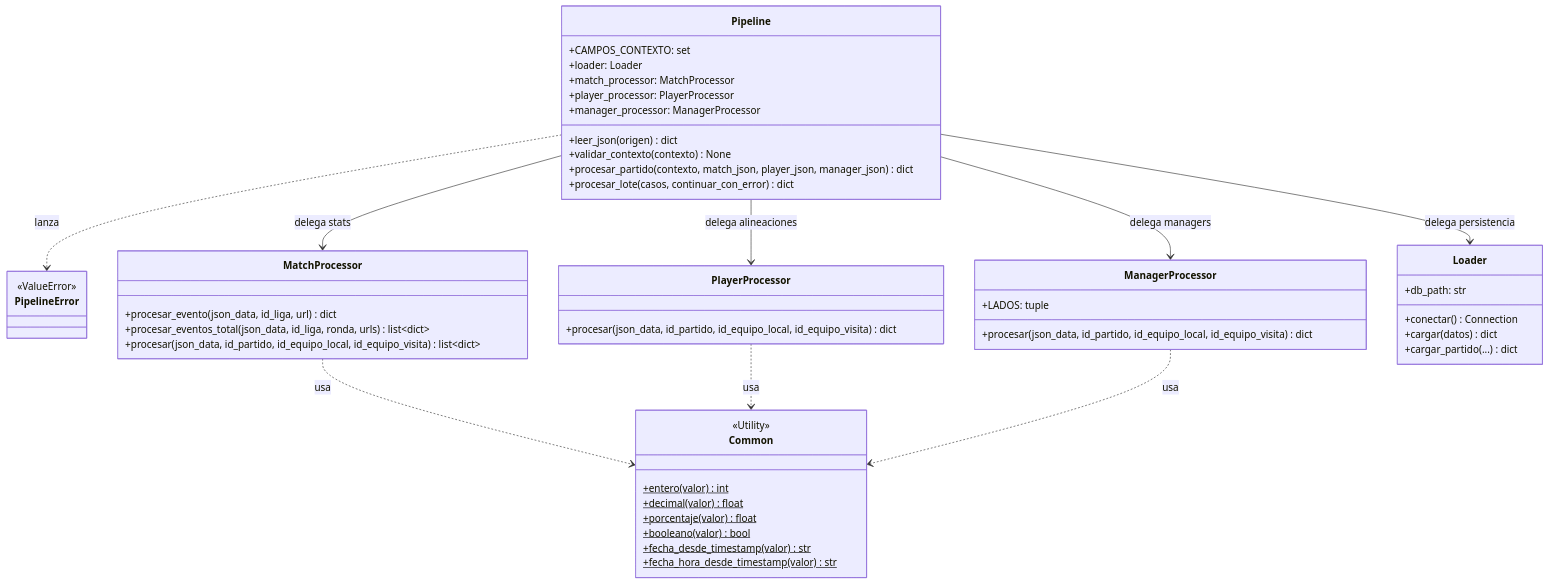
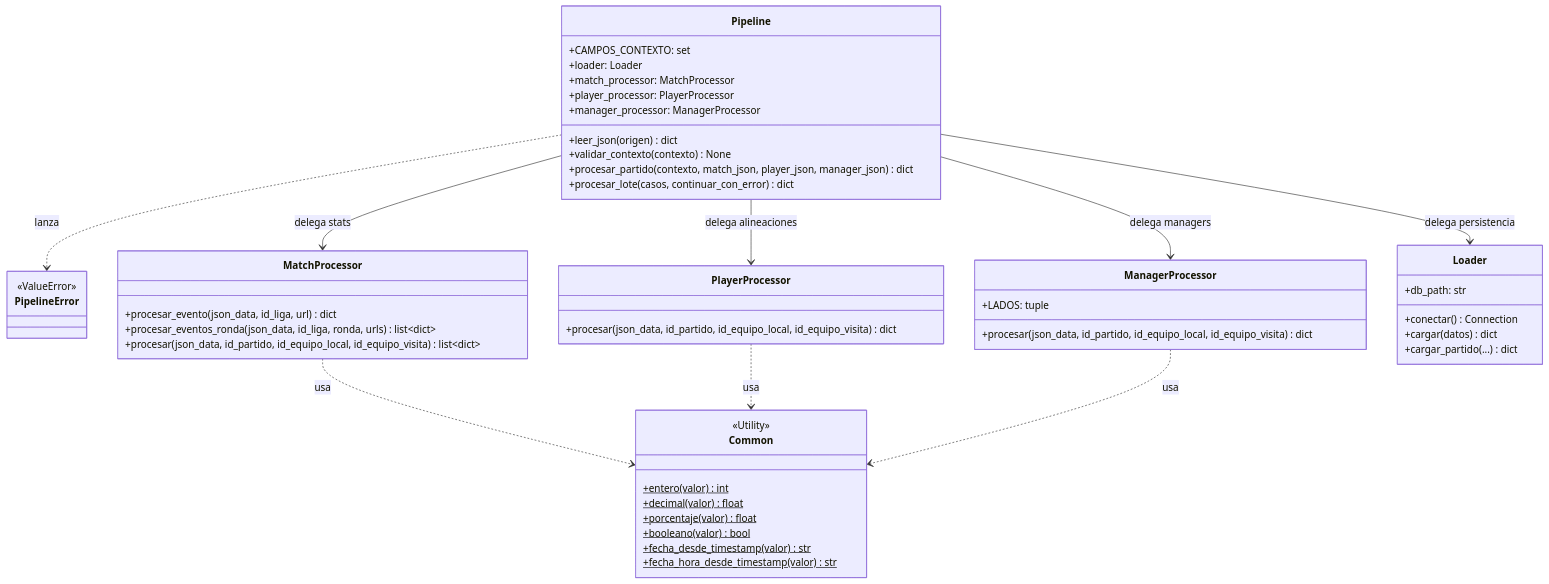
The fourth of 5 diagrams in docs/arquitectura-del-sistema.md (Fbcc98/Oraculo), drawn with Mermaid before and after one commit. The commit also changed other lines of this file, not shown here.

Commit message:
Docs(docs): actualizar arquitectura-del-sistema.md al modelo de round_events.json

````diff
--- a/docs/arquitectura-del-sistema.md
+++ b/docs/arquitectura-del-sistema.md
@@ -282,59 +281,59 @@
 ```mermaid
 classDiagram
     class PipelineError {
         <<ValueError>>
     }
 
     class Pipeline {
         +CAMPOS_CONTEXTO: set
         +loader: Loader
         +match_processor: MatchProcessor
         +player_processor: PlayerProcessor
         +manager_processor: ManagerProcessor
         +leer_json(origen) dict
         +validar_contexto(contexto) None
         +procesar_partido(contexto, match_json, player_json, manager_json) dict
         +procesar_lote(casos, continuar_con_error) dict
     }
 
     class MatchProcessor {
         +procesar_evento(json_data, id_liga, url) dict
-        +procesar_eventos_total(json_data, id_liga, ronda, urls) list~dict~
+        +procesar_eventos_ronda(json_data, id_liga, ronda, urls) list~dict~
         +procesar(json_data, id_partido, id_equipo_local, id_equipo_visita) list~dict~
     }
 
     class PlayerProcessor {
         +procesar(json_data, id_partido, id_equipo_local, id_equipo_visita) dict
     }
 
     class ManagerProcessor {
         +LADOS: tuple
         +procesar(json_data, id_partido, id_equipo_local, id_equipo_visita) dict
     }
 
     class Loader {
         +db_path: str
         +conectar() Connection
         +cargar(datos) dict
         +cargar_partido(...) dict
     }
 
     class Common {
         <<Utility>>
         +entero(valor)$ int
         +decimal(valor)$ float
         +porcentaje(valor)$ float
         +booleano(valor)$ bool
         +fecha_desde_timestamp(valor)$ str
         +fecha_hora_desde_timestamp(valor)$ str
     }
 
     Pipeline ..> PipelineError : lanza
     Pipeline --> MatchProcessor : delega stats
     Pipeline --> PlayerProcessor : delega alineaciones
     Pipeline --> ManagerProcessor : delega managers
     Pipeline --> Loader : delega persistencia
     MatchProcessor ..> Common : usa
     PlayerProcessor ..> Common : usa
     ManagerProcessor ..> Common : usa
 ```
````
